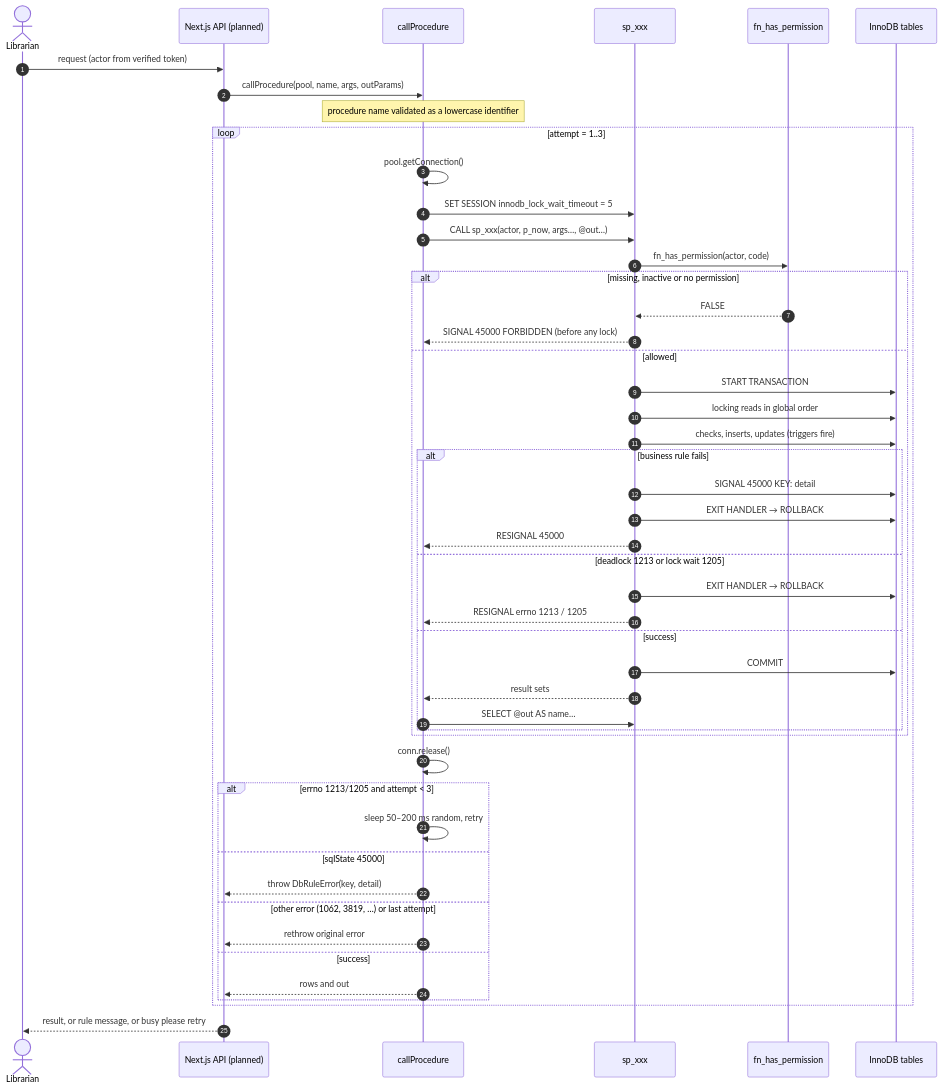
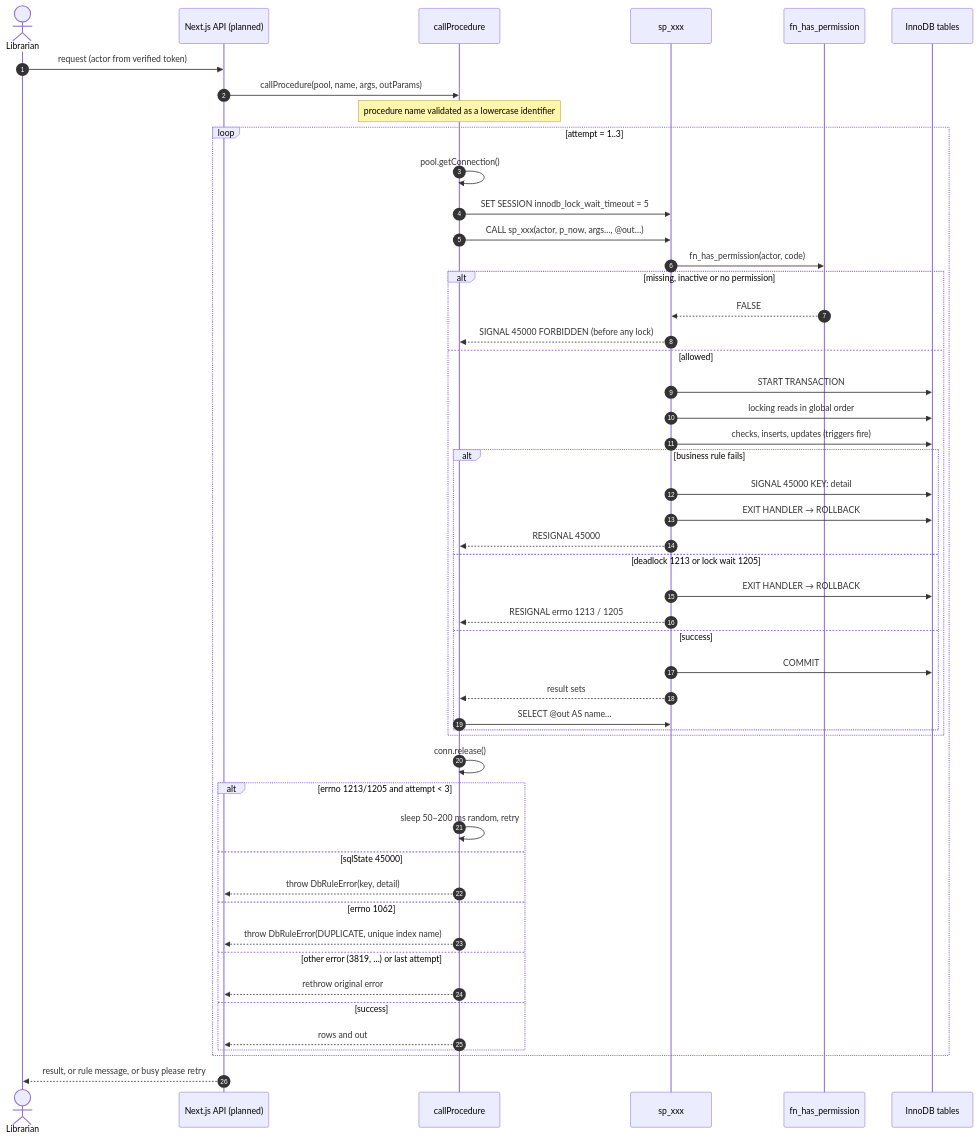
Before and after one commit to ThinhLC/uitlib: the sixth of 19 diagrams in ARCHITECTURE.md, drawn with Mermaid. The commit also changed other lines of this file and 11 other files, not shown here.

````diff
--- a/ARCHITECTURE.md
+++ b/ARCHITECTURE.md
@@ -675,51 +675,53 @@
 ```mermaid
 sequenceDiagram
     autonumber
     actor Librarian
     participant App as Next.js API (planned)
     participant CP as callProcedure
     participant SP as sp_xxx
     participant FN as fn_has_permission
     participant DB as InnoDB tables
 
     Librarian->>App: request (actor from verified token)
     App->>CP: callProcedure(pool, name, args, outParams)
     Note over CP: procedure name validated as a lowercase identifier
     loop attempt = 1..3
         CP->>CP: pool.getConnection()
         CP->>SP: SET SESSION innodb_lock_wait_timeout = 5
         CP->>SP: CALL sp_xxx(actor, p_now, args…, @out…)
         SP->>FN: fn_has_permission(actor, code)
         alt missing, inactive or no permission
             FN-->>SP: FALSE
             SP-->>CP: SIGNAL 45000 FORBIDDEN (before any lock)
         else allowed
             SP->>DB: START TRANSACTION
             SP->>DB: locking reads in global order
             SP->>DB: checks, inserts, updates (triggers fire)
             alt business rule fails
                 SP->>DB: SIGNAL 45000 KEY: detail
                 SP->>DB: EXIT HANDLER → ROLLBACK
                 SP-->>CP: RESIGNAL 45000
             else deadlock 1213 or lock wait 1205
                 SP->>DB: EXIT HANDLER → ROLLBACK
                 SP-->>CP: RESIGNAL errno 1213 / 1205
             else success
                 SP->>DB: COMMIT
                 SP-->>CP: result sets
                 CP->>SP: SELECT @out AS name…
             end
         end
         CP->>CP: conn.release()
         alt errno 1213/1205 and attempt < 3
             CP->>CP: sleep 50–200 ms random, retry
         else sqlState 45000
             CP-->>App: throw DbRuleError(key, detail)
-        else other error (1062, 3819, …) or last attempt
+        else errno 1062
+            CP-->>App: throw DbRuleError(DUPLICATE, unique index name)
+        else other error (3819, …) or last attempt
             CP-->>App: rethrow original error
         else success
             CP-->>App: rows and out
         end
     end
     App-->>Librarian: result, or rule message, or busy please retry
 ```
````
